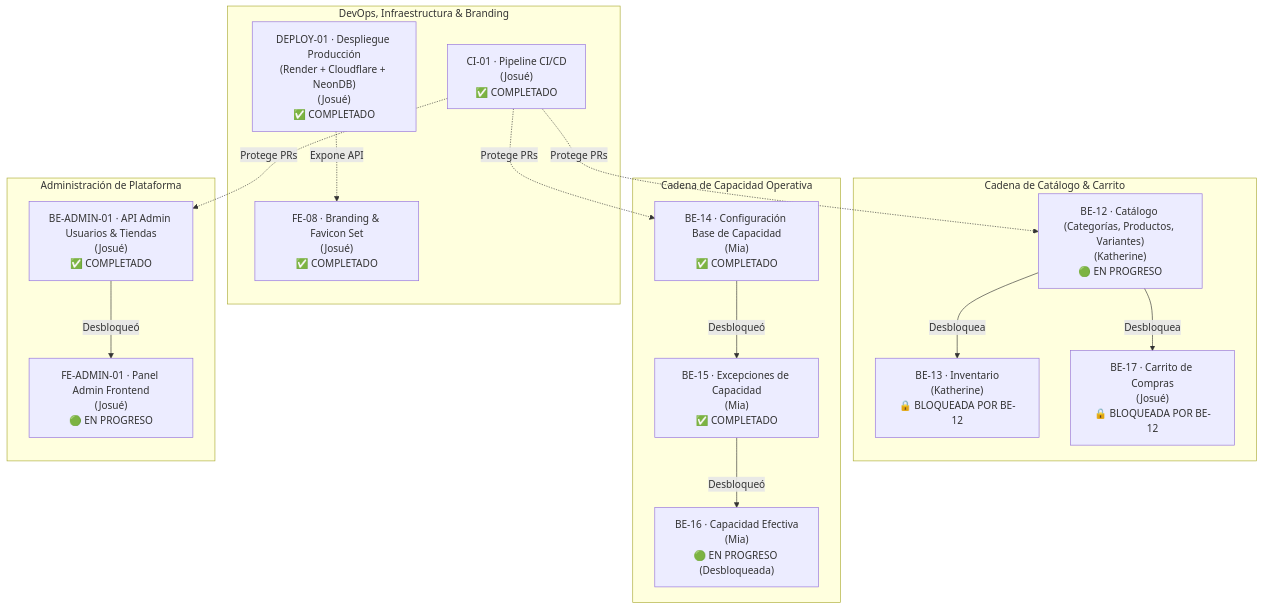
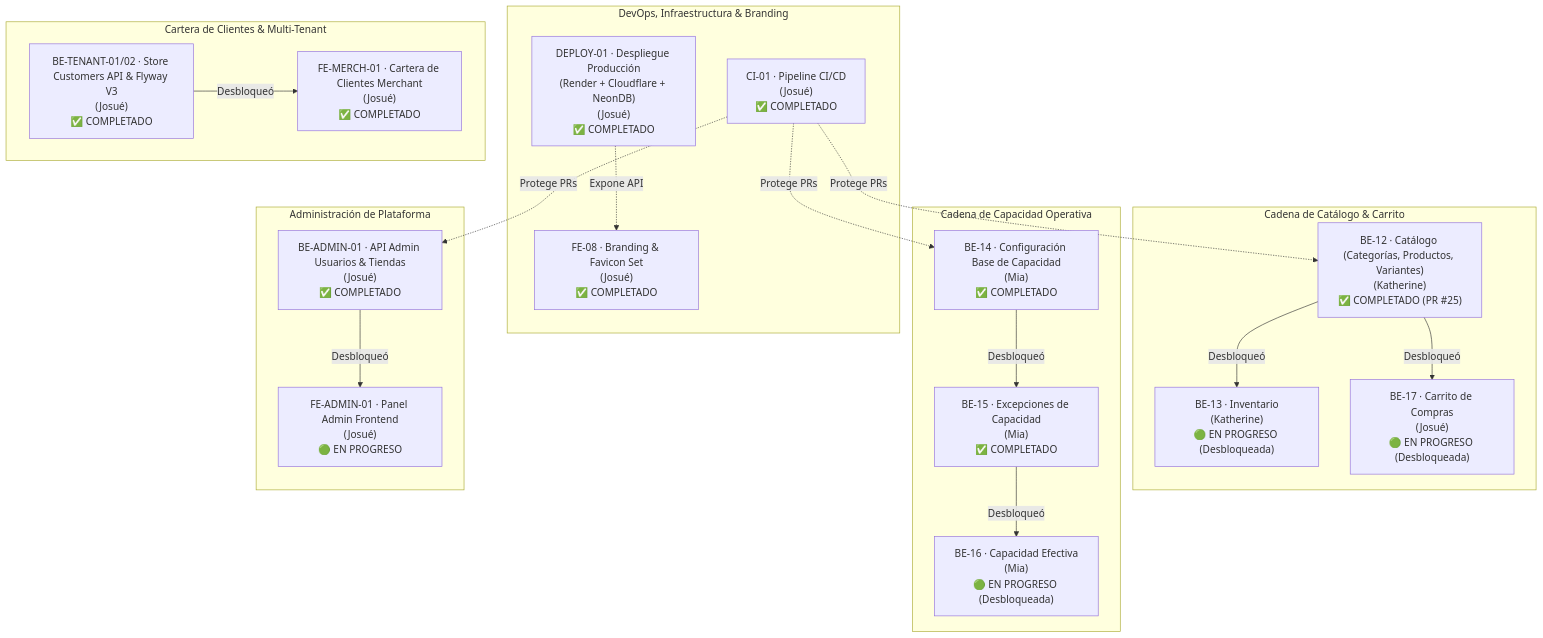
Before and after one commit to iJosueeh/jaldishop: the first of 2 diagrams in docs/06-scrum/sprint-03.md, drawn with Mermaid. The commit also changed other lines of this file and 57 other files, not shown here.

````diff
--- a/docs/06-scrum/sprint-03.md
+++ b/docs/06-scrum/sprint-03.md
@@ -27,35 +27,41 @@
 ```mermaid
 flowchart TD
     subgraph DEVOPS["DevOps, Infraestructura & Branding"]
         CI01["CI-01 · Pipeline CI/CD<br/>(Josué)<br/>✅ COMPLETADO"]
         DEPLOY01["DEPLOY-01 · Despliegue Producción<br/>(Render + Cloudflare + NeonDB)<br/>(Josué)<br/>✅ COMPLETADO"]
         FE08["FE-08 · Branding & Favicon Set<br/>(Josué)<br/>✅ COMPLETADO"]
     end
 
     subgraph CATALOGO["Cadena de Catálogo & Carrito"]
-        BE12["BE-12 · Catálogo (Categorías, Productos, Variantes)<br/>(Katherine)<br/>🟢 EN PROGRESO"]
-        BE13["BE-13 · Inventario<br/>(Katherine)<br/>🔒 BLOQUEADA POR BE-12"]
-        BE17["BE-17 · Carrito de Compras<br/>(Josué)<br/>🔒 BLOQUEADA POR BE-12"]
-        BE12 -->|Desbloquea| BE13
-        BE12 -->|Desbloquea| BE17
+        BE12["BE-12 · Catálogo (Categorías, Productos, Variantes)<br/>(Katherine)<br/>✅ COMPLETADO (PR #25)"]
+        BE13["BE-13 · Inventario<br/>(Katherine)<br/>🟢 EN PROGRESO (Desbloqueada)"]
+        BE17["BE-17 · Carrito de Compras<br/>(Josué)<br/>🟢 EN PROGRESO (Desbloqueada)"]
+        BE12 -->|Desbloqueó| BE13
+        BE12 -->|Desbloqueó| BE17
     end
 
     subgraph CAPACIDAD["Cadena de Capacidad Operativa"]
         BE14["BE-14 · Configuración Base de Capacidad<br/>(Mia)<br/>✅ COMPLETADO"]
         BE15["BE-15 · Excepciones de Capacidad<br/>(Mia)<br/>✅ COMPLETADO"]
         BE16["BE-16 · Capacidad Efectiva<br/>(Mia)<br/>🟢 EN PROGRESO (Desbloqueada)"]
         BE14 -->|Desbloqueó| BE15
         BE15 -->|Desbloqueó| BE16
+    end
+
+    subgraph TENANT_CUSTOMERS["Cartera de Clientes & Multi-Tenant"]
+        BETENANT01["BE-TENANT-01/02 · Store Customers API & Flyway V3<br/>(Josué)<br/>✅ COMPLETADO"]
+        FEMERCH01["FE-MERCH-01 · Cartera de Clientes Merchant<br/>(Josué)<br/>✅ COMPLETADO"]
+        BETENANT01 -->|Desbloqueó| FEMERCH01
     end
 
     subgraph ADMIN["Administración de Plataforma"]
         BEADMIN01["BE-ADMIN-01 · API Admin Usuarios & Tiendas<br/>(Josué)<br/>✅ COMPLETADO"]
         FEADMIN01["FE-ADMIN-01 · Panel Admin Frontend<br/>(Josué)<br/>🟢 EN PROGRESO"]
         BEADMIN01 -->|Desbloqueó| FEADMIN01
     end
 
     CI01 -. Protege PRs .-> BE12
     CI01 -. Protege PRs .-> BE14
     CI01 -. Protege PRs .-> BEADMIN01
     DEPLOY01 -. Expone API .-> FE08
 ```
````
